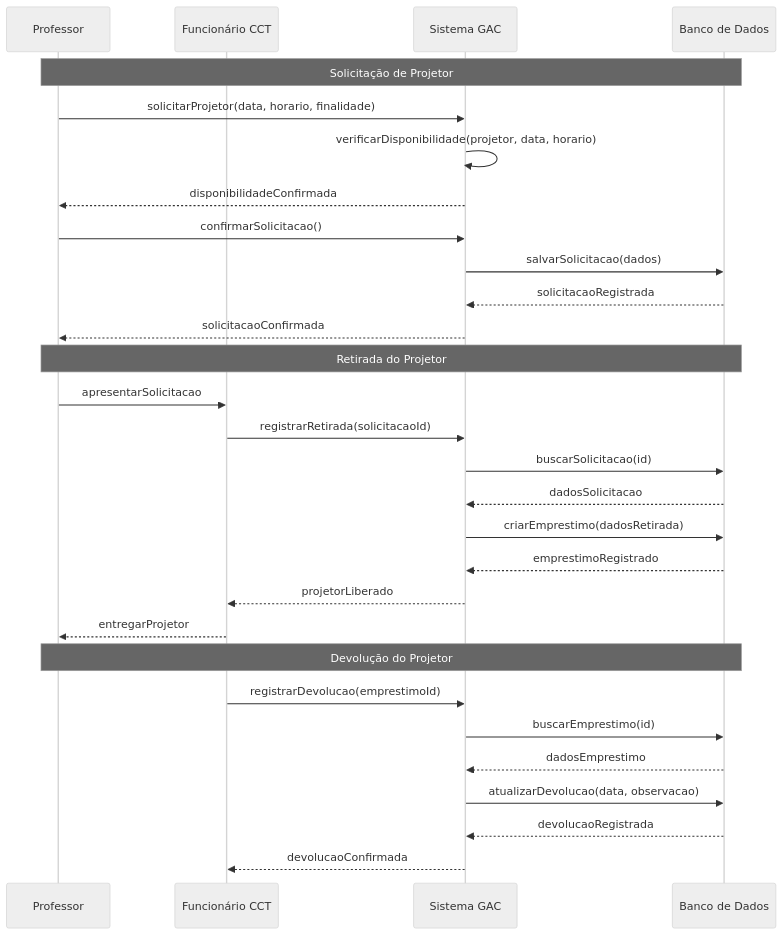
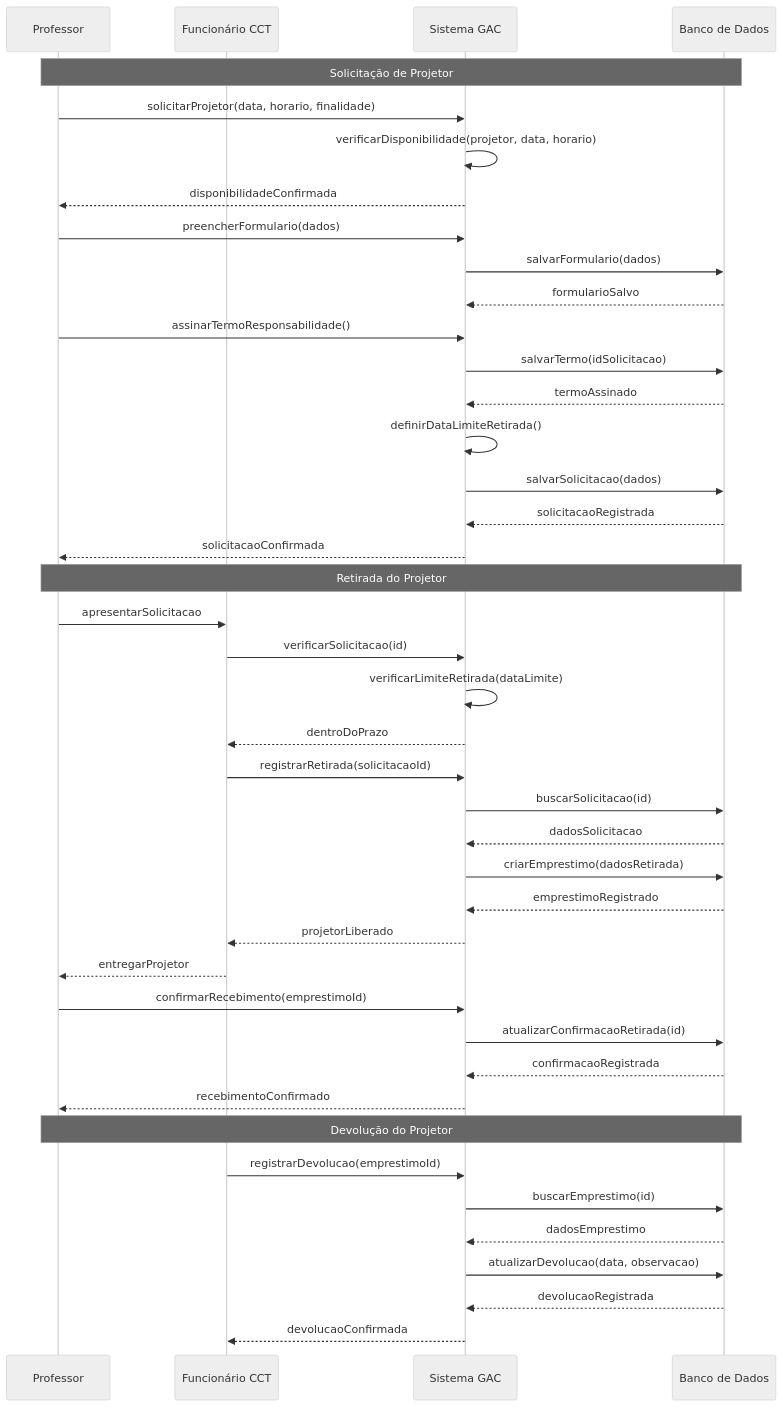
Before and after one commit to Ismaelsousaoliveira/requisitos-2026-grupo: the third of 3 diagrams in Requisitos/Elicitacao/Visao-Demanda.md, drawn with Mermaid (neutral theme). The commit also changed other lines of this file, not shown here.

Commit message:
FIX: ALTERADOS DIAGRAMAS

````diff
--- a/Requisitos/Elicitacao/Visao-Demanda.md
+++ b/Requisitos/Elicitacao/Visao-Demanda.md
@@ -247,34 +284,47 @@
 ```mermaid
 sequenceDiagram
     participant Professor
     participant FuncionárioCCT as Funcionário CCT
     participant Sistema as Sistema GAC
     participant BD as Banco de Dados
 
     Note over Professor,BD: Solicitação de Projetor
     Professor ->> Sistema: solicitarProjetor(data, horario, finalidade)
     Sistema ->> Sistema: verificarDisponibilidade(projetor, data, horario)
     Sistema -->> Professor: disponibilidadeConfirmada
-    Professor ->> Sistema: confirmarSolicitacao()
+    Professor ->> Sistema: preencherFormulario(dados)
+    Sistema ->> BD: salvarFormulario(dados)
+    BD -->> Sistema: formularioSalvo
+    Professor ->> Sistema: assinarTermoResponsabilidade()
+    Sistema ->> BD: salvarTermo(idSolicitacao)
+    BD -->> Sistema: termoAssinado
+    Sistema ->> Sistema: definirDataLimiteRetirada()
     Sistema ->> BD: salvarSolicitacao(dados)
     BD -->> Sistema: solicitacaoRegistrada
     Sistema -->> Professor: solicitacaoConfirmada
 
     Note over Professor,BD: Retirada do Projetor
     Professor ->> FuncionárioCCT: apresentarSolicitacao
+    FuncionárioCCT ->> Sistema: verificarSolicitacao(id)
+    Sistema ->> Sistema: verificarLimiteRetirada(dataLimite)
+    Sistema -->> FuncionárioCCT: dentroDoPrazo
     FuncionárioCCT ->> Sistema: registrarRetirada(solicitacaoId)
     Sistema ->> BD: buscarSolicitacao(id)
     BD -->> Sistema: dadosSolicitacao
     Sistema ->> BD: criarEmprestimo(dadosRetirada)
     BD -->> Sistema: emprestimoRegistrado
     Sistema -->> FuncionárioCCT: projetorLiberado
     FuncionárioCCT -->> Professor: entregarProjetor
+    Professor ->> Sistema: confirmarRecebimento(emprestimoId)
+    Sistema ->> BD: atualizarConfirmacaoRetirada(id)
+    BD -->> Sistema: confirmacaoRegistrada
+    Sistema -->> Professor: recebimentoConfirmado
 
     Note over Professor,BD: Devolução do Projetor
     FuncionárioCCT ->> Sistema: registrarDevolucao(emprestimoId)
     Sistema ->> BD: buscarEmprestimo(id)
     BD -->> Sistema: dadosEmprestimo
     Sistema ->> BD: atualizarDevolucao(data, observacao)
     BD -->> Sistema: devolucaoRegistrada
     Sistema -->> FuncionárioCCT: devolucaoConfirmada
 ```
````
